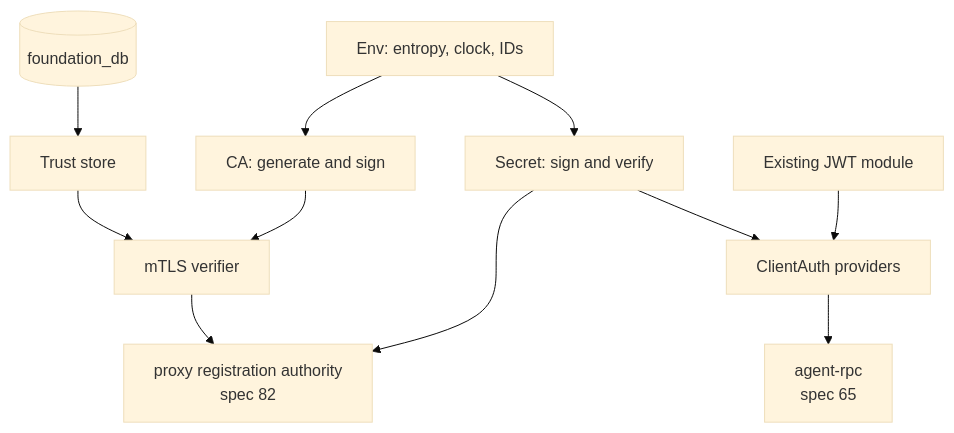
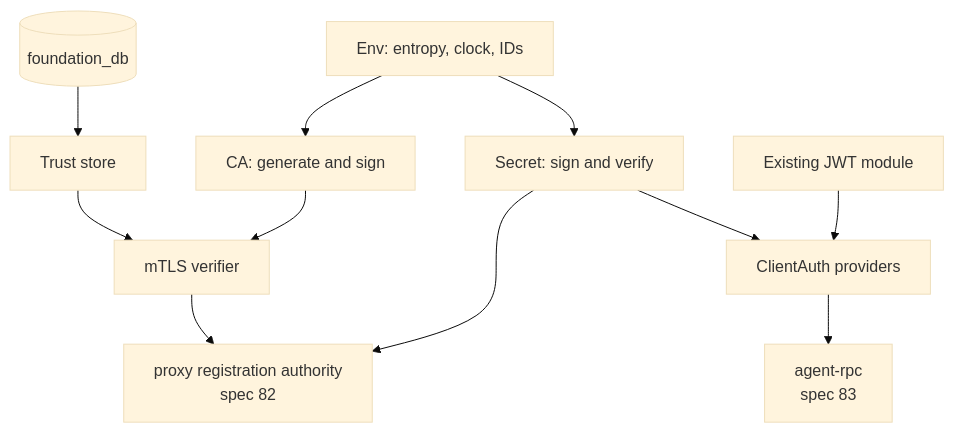
Before and after one commit to ewe-studios/ewe_platform: the diagram in specifications/81-foundation-auth/requirements.md, drawn with Mermaid (base theme). The commit also changed other lines of this file and 91 other files, not shown here.

````diff
--- a/specifications/81-foundation-auth/requirements.md
+++ b/specifications/81-foundation-auth/requirements.md
@@ -105,13 +105,13 @@
 ```mermaid
 graph TD
     ENV[Env: entropy, clock, IDs] --> SEC[Secret: sign and verify]
     ENV --> CA[CA: generate and sign]
     DB[(foundation_db)] --> TRUST[Trust store]
     SEC --> PROVIDER[ClientAuth providers]
     CA --> MTLS[mTLS verifier]
     TRUST --> MTLS
     JWT[Existing JWT module] --> PROVIDER
-    PROVIDER --> ARPC[agent-rpc<br/>spec 65]
+    PROVIDER --> ARPC[agent-rpc<br/>spec 83]
     MTLS --> PROXY[proxy registration authority<br/>spec 82]
     SEC --> PROXY
 ```
````
